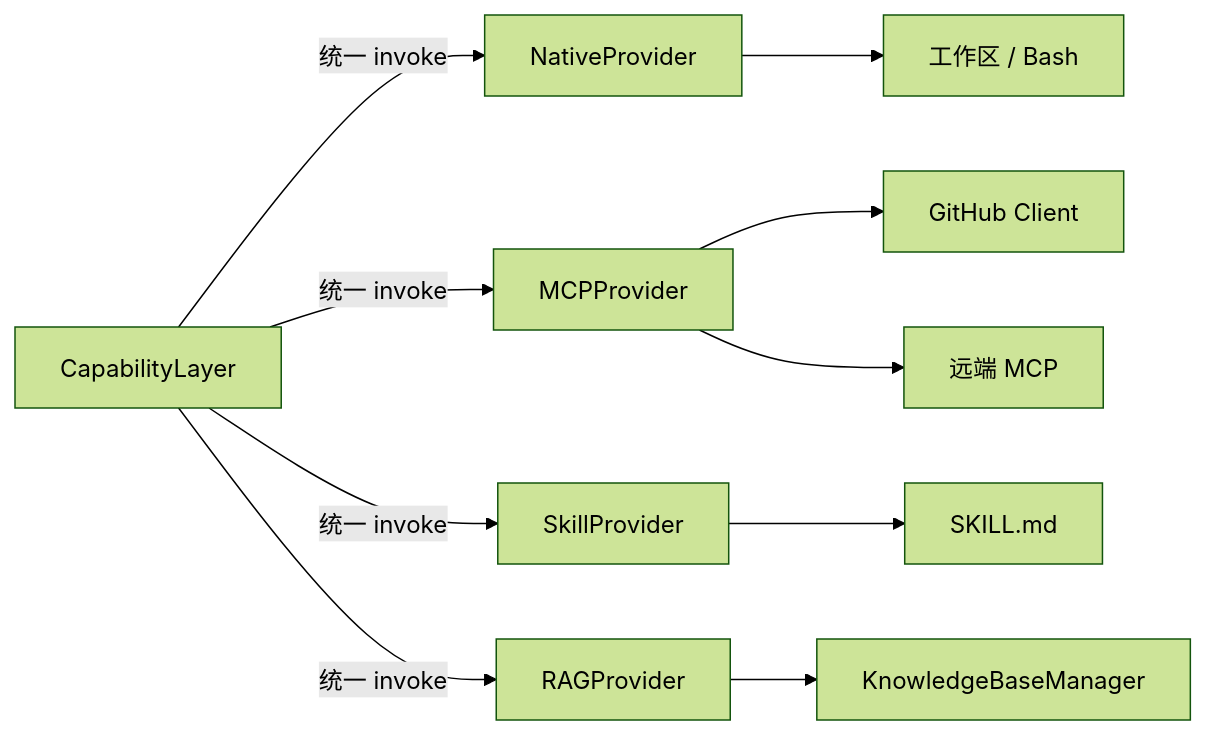
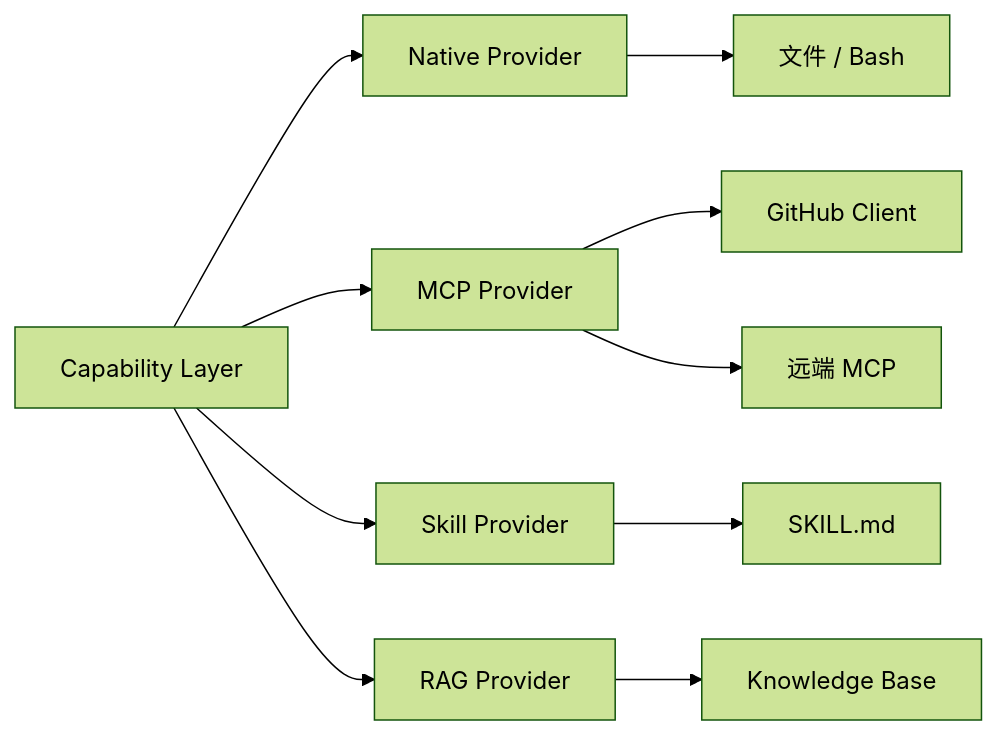
Before and after one commit to Arthur999459up/GitAgent: the sixth of 15 diagrams in docs/05-capability-and-tool-system.md, drawn with Mermaid (forest theme). The commit also changed other lines of this file and 15 other files, not shown here.

````diff
--- a/docs/05-capability-and-tool-system.md
+++ b/docs/05-capability-and-tool-system.md
@@ -270,13 +153,12 @@
 ```mermaid
 flowchart LR
-    L[CapabilityLayer] -->|统一 invoke| N[NativeProvider]
-    L -->|统一 invoke| M[MCPProvider]
-    L -->|统一 invoke| S[SkillProvider]
-    L -->|统一 invoke| R[RAGProvider]
-
-    N --> FS[工作区 / Bash]
+    L[Capability Layer] --> N[Native Provider]
+    L --> M[MCP Provider]
+    L --> S[Skill Provider]
+    L --> R[RAG Provider]
+    N --> FS[文件 / Bash]
     M --> GH[GitHub Client]
     M --> HTTP[远端 MCP]
     S --> SK[SKILL.md]
-    R --> KB[KnowledgeBaseManager]
+    R --> KB[Knowledge Base]
 ```
````
